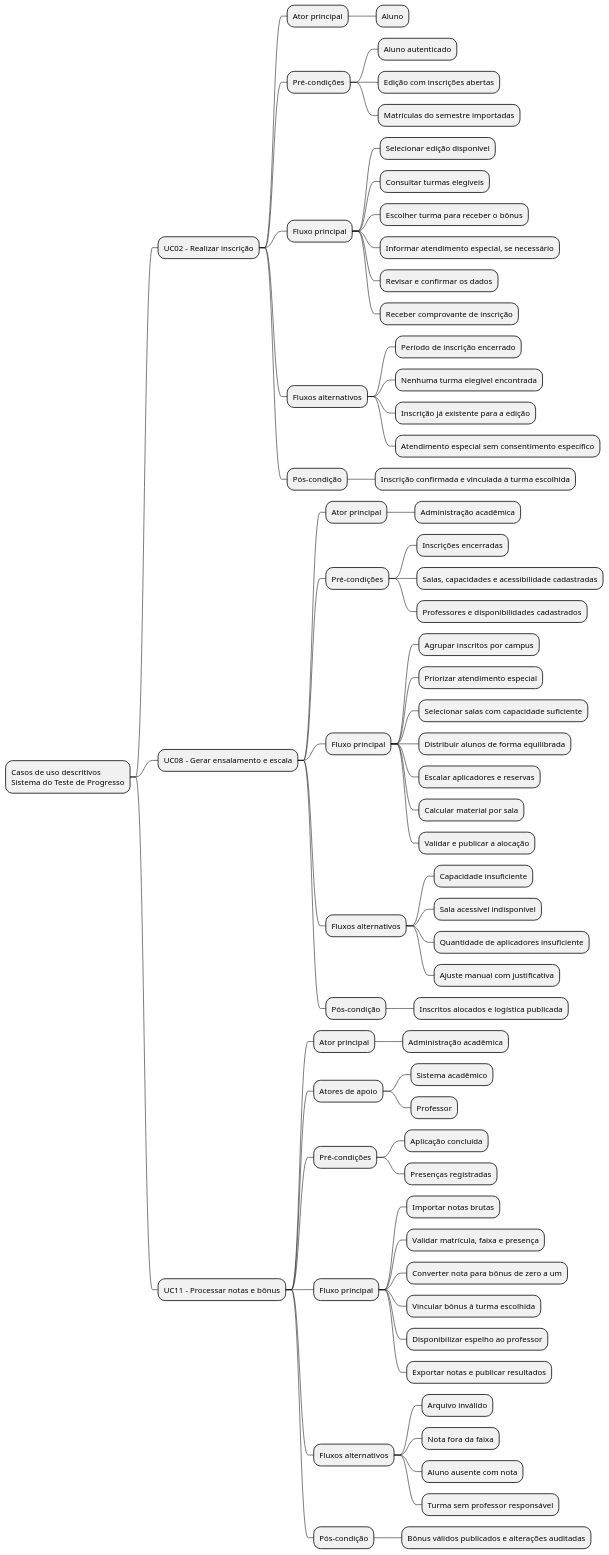
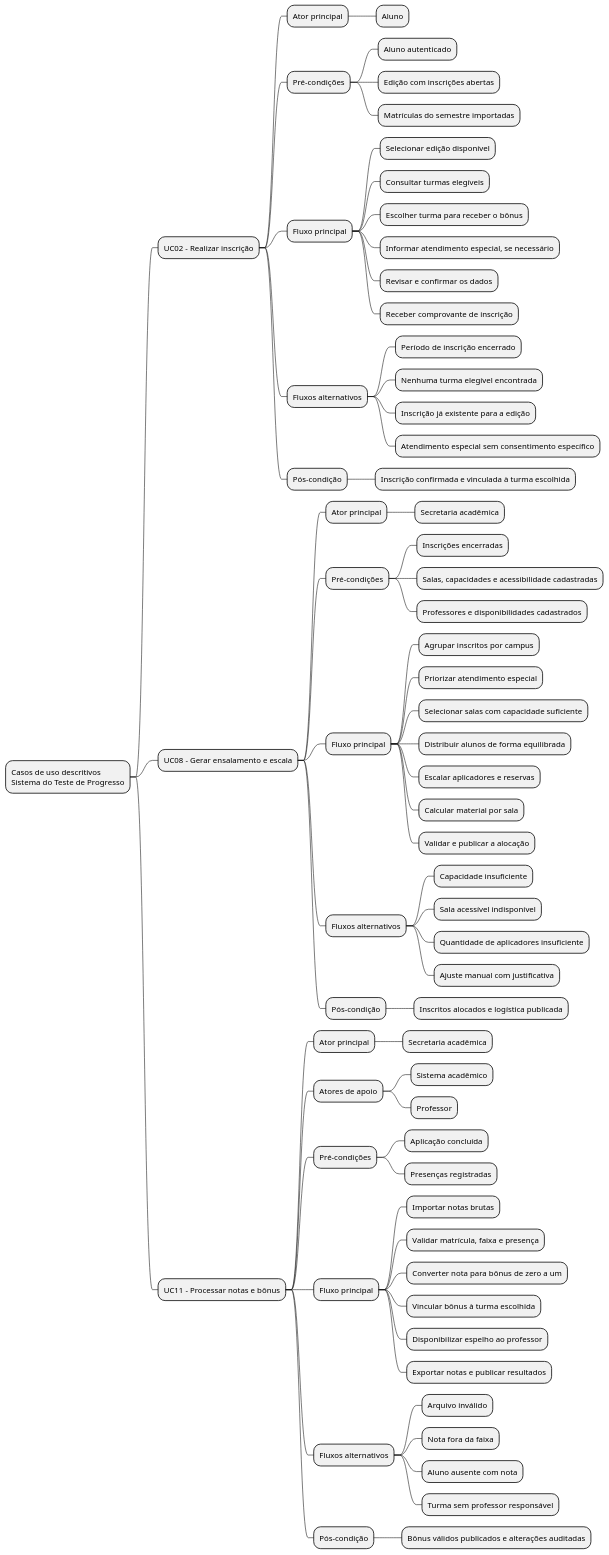
Before and after one commit to Projetos-de-Extensao/PECDII_26.2_8003_I: the first of 2 diagrams in docs/Elaboracao/casos_de_uso.md, drawn with PlantUML. The commit also changed other lines of this file and 19 other files, not shown here.

````diff
--- a/docs/Elaboracao/casos_de_uso.md
+++ b/docs/Elaboracao/casos_de_uso.md
@@ -228,71 +228,71 @@
 ```plantuml
 @startmindmap
 * Casos de uso descritivos\nSistema do Teste de Progresso
 ** UC02 - Realizar inscrição
 *** Ator principal
 **** Aluno
 *** Pré-condições
 **** Aluno autenticado
 **** Edição com inscrições abertas
 **** Matrículas do semestre importadas
 *** Fluxo principal
 **** Selecionar edição disponível
 **** Consultar turmas elegíveis
 **** Escolher turma para receber o bônus
 **** Informar atendimento especial, se necessário
 **** Revisar e confirmar os dados
 **** Receber comprovante de inscrição
 *** Fluxos alternativos
 **** Período de inscrição encerrado
 **** Nenhuma turma elegível encontrada
 **** Inscrição já existente para a edição
 **** Atendimento especial sem consentimento específico
 *** Pós-condição
 **** Inscrição confirmada e vinculada à turma escolhida
 ** UC08 - Gerar ensalamento e escala
 *** Ator principal
-**** Administração acadêmica
+**** Secretaria acadêmica
 *** Pré-condições
 **** Inscrições encerradas
 **** Salas, capacidades e acessibilidade cadastradas
 **** Professores e disponibilidades cadastrados
 *** Fluxo principal
 **** Agrupar inscritos por campus
 **** Priorizar atendimento especial
 **** Selecionar salas com capacidade suficiente
 **** Distribuir alunos de forma equilibrada
 **** Escalar aplicadores e reservas
 **** Calcular material por sala
 **** Validar e publicar a alocação
 *** Fluxos alternativos
 **** Capacidade insuficiente
 **** Sala acessível indisponível
 **** Quantidade de aplicadores insuficiente
 **** Ajuste manual com justificativa
 *** Pós-condição
 **** Inscritos alocados e logística publicada
 ** UC11 - Processar notas e bônus
 *** Ator principal
-**** Administração acadêmica
+**** Secretaria acadêmica
 *** Atores de apoio
 **** Sistema acadêmico
 **** Professor
 *** Pré-condições
 **** Aplicação concluída
 **** Presenças registradas
 *** Fluxo principal
 **** Importar notas brutas
 **** Validar matrícula, faixa e presença
 **** Converter nota para bônus de zero a um
 **** Vincular bônus à turma escolhida
 **** Disponibilizar espelho ao professor
 **** Exportar notas e publicar resultados
 *** Fluxos alternativos
 **** Arquivo inválido
 **** Nota fora da faixa
 **** Aluno ausente com nota
 **** Turma sem professor responsável
 *** Pós-condição
 **** Bônus válidos publicados e alterações auditadas
 @endmindmap
 ```
````
